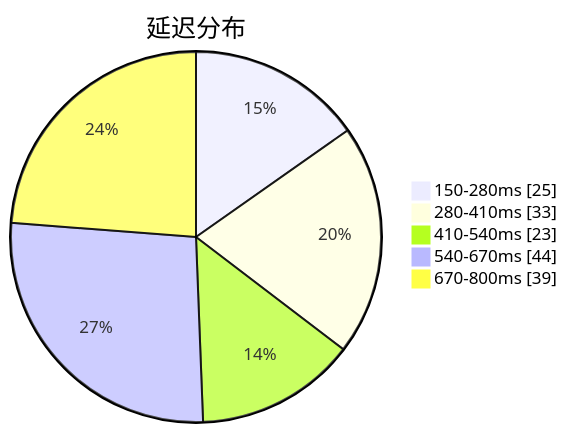
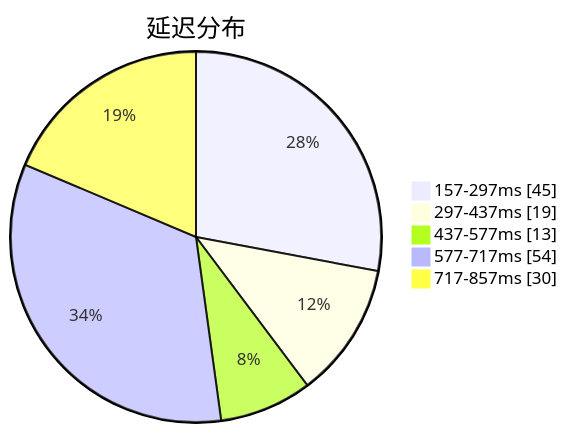
Before and after one commit to qjlxg/airport: the first of 3 diagrams in subs/statistics/tested_within.md, drawn with Mermaid. The commit also changed other lines of this file and 2 other files, not shown here.

Commit message:
Tested by metaST

````diff
--- a/subs/statistics/tested_within.md
+++ b/subs/statistics/tested_within.md
@@ -2,9 +2,9 @@
 ```mermaid
 pie showData
 title 延迟分布
-"150-280ms" : 25
-"280-410ms" : 33
-"410-540ms" : 23
-"540-670ms" : 44
-"670-800ms" : 39
+"157-297ms" : 45
+"297-437ms" : 19
+"437-577ms" : 13
+"577-717ms" : 54
+"717-857ms" : 30
 ```
````
